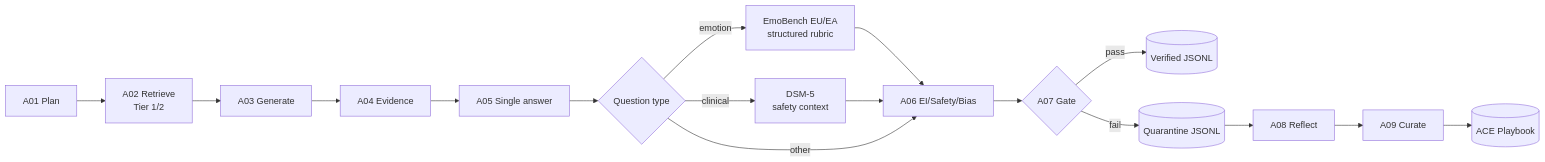
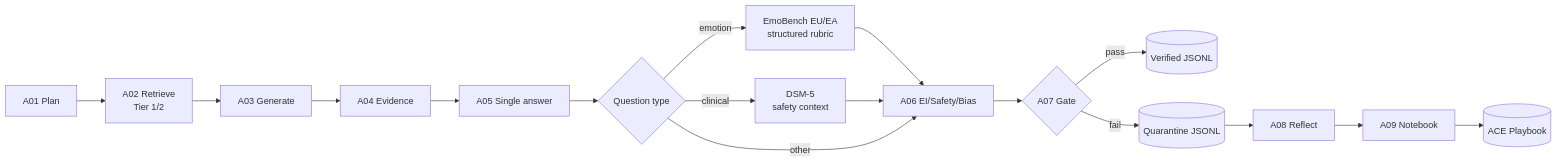
One commit to Hieurezdev/ViMindBench changed the diagram in README.md. Above: the diagram before and after it, drawn with Mermaid. The commit also changed other lines of this file and 14 other files, not shown here.

````diff
--- a/README.md
+++ b/README.md
@@ -13,13 +14,13 @@
 ```mermaid
 flowchart LR
     A01["A01 Plan"] --> A02["A02 Retrieve\nTier 1/2"] --> A03["A03 Generate"]
     A03 --> A04["A04 Evidence"] --> A05["A05 Single answer"]
     A05 --> Kind{"Question type"}
     Kind -->|emotion| EB["EmoBench EU/EA\nstructured rubric"] --> A06["A06 EI/Safety/Bias"]
     Kind -->|clinical| DSM["DSM-5\nsafety context"] --> A06
     Kind -->|other| A06
     A06 --> A07{"A07 Gate"}
     A07 -->|pass| V[("Verified JSONL")]
-    A07 -->|fail| Q[("Quarantine JSONL")] --> A08["A08 Reflect"] --> A09["A09 Curate"]
+    A07 -->|fail| Q[("Quarantine JSONL")] --> A08["A08 Reflect"] --> A09["A09 Notebook"]
     A09 --> PB[("ACE Playbook")]
 ```
````
